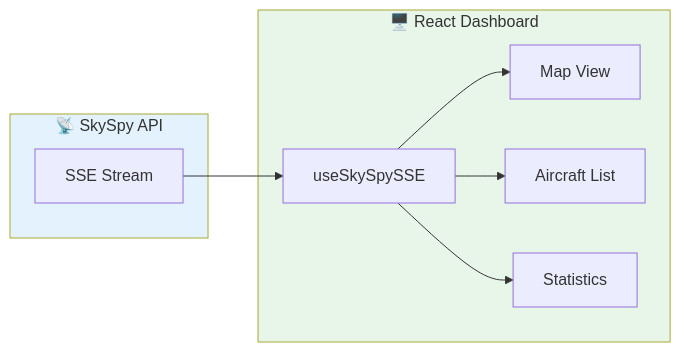
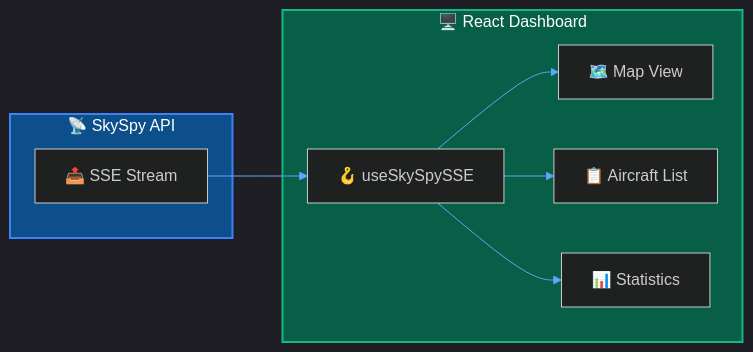
The diagram in docs/Recipes/live-dashboard.md (CHA0S-CORP/SkySpyDocs), drawn with Mermaid before and after one commit. The commit also changed 11 other files, not shown here.

````diff
--- a/docs/Recipes/live-dashboard.md
+++ b/docs/Recipes/live-dashboard.md
@@ -10,21 +10,22 @@
 ```mermaid
+%%{init: {'theme': 'dark', 'themeVariables': { 'primaryColor': '#1e3a5f', 'primaryTextColor': '#fff', 'primaryBorderColor': '#3b82f6', 'lineColor': '#60a5fa'}}}%%
 flowchart LR
     subgraph SkySpy["📡 SkySpy API"]
-        SSE[SSE Stream]
+        SSE["📤 SSE Stream"]
     end
 
     subgraph Dashboard["🖥️ React Dashboard"]
-        HOOK[useSkySpySSE]
-        MAP[Map View]
-        LIST[Aircraft List]
-        STATS[Statistics]
+        HOOK["🪝 useSkySpySSE"]
+        MAP["🗺️ Map View"]
+        LIST["📋 Aircraft List"]
+        STATS["📊 Statistics"]
     end
 
     SSE --> HOOK
     HOOK --> MAP
     HOOK --> LIST
     HOOK --> STATS
 
-    style SkySpy fill:#e3f2fd
-    style Dashboard fill:#e8f5e9
+    style SkySpy fill:#0d4f8b,stroke:#3b82f6,stroke-width:2px,color:#fff
+    style Dashboard fill:#065f46,stroke:#10b981,stroke-width:2px,color:#fff
 ```
````
